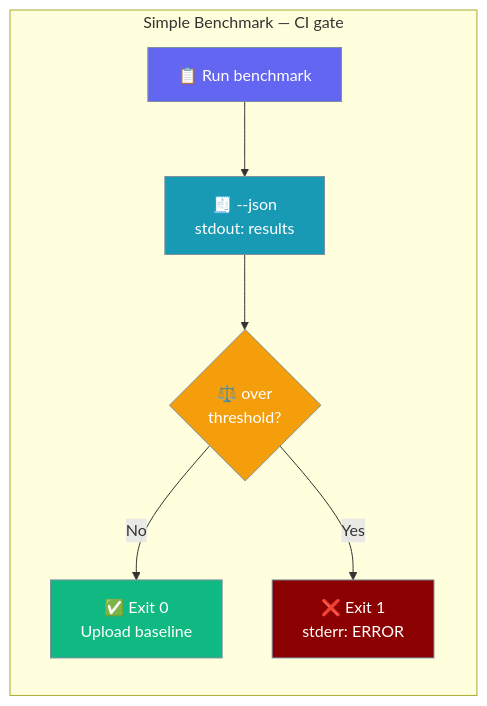
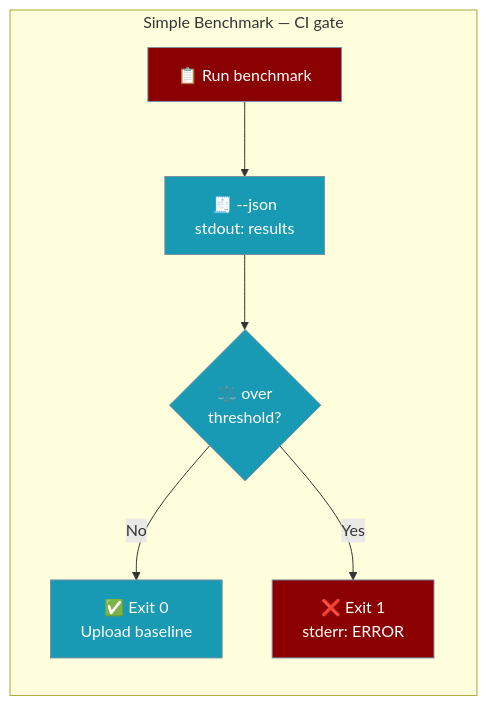
The diagram in docs/developers/benchmarks.mdx (MervinPraison/PraisonAIDocs), drawn with Mermaid before and after one commit. The commit also changed other lines of this file and 13 other files, not shown here.

````diff
--- a/docs/developers/benchmarks.mdx
+++ b/docs/developers/benchmarks.mdx
@@ -39,21 +39,21 @@
 ```mermaid
 graph LR
     subgraph "Simple Benchmark — CI gate"
         Run[📋 Run benchmark] --> JSON[🧾 --json<br/>stdout: results]
         JSON --> Gate{⚖️ over<br/>threshold?}
         Gate -->|No| OK[✅ Exit 0<br/>Upload baseline]
         Gate -->|Yes| Fail[❌ Exit 1<br/>stderr: ERROR]
     end
 
-    classDef input fill:#6366F1,stroke:#7C90A0,color:#fff
+    classDef input fill:#8B0000,stroke:#7C90A0,color:#fff
     classDef process fill:#189AB4,stroke:#7C90A0,color:#fff
-    classDef gate fill:#F59E0B,stroke:#7C90A0,color:#fff
-    classDef pass fill:#10B981,stroke:#7C90A0,color:#fff
+    classDef gate fill:#189AB4,stroke:#7C90A0,color:#fff
+    classDef pass fill:#189AB4,stroke:#7C90A0,color:#fff
     classDef fail fill:#8B0000,stroke:#7C90A0,color:#fff
 
     class Run input
     class JSON process
     class Gate gate
     class OK pass
     class Fail fail
 ```
````
